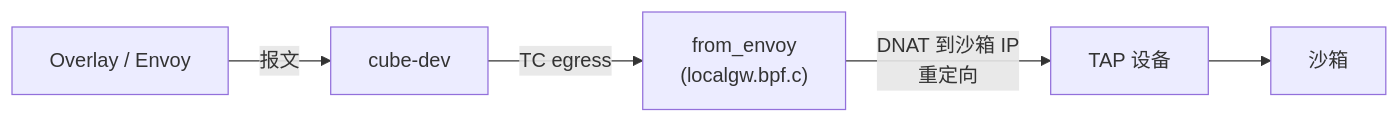
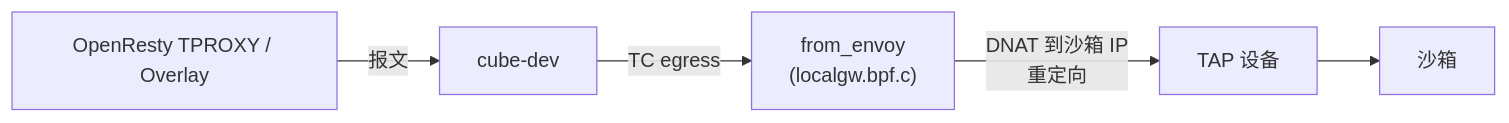
One commit to TencentCloud/CubeSandbox changed the third of 4 diagrams in docs/zh/architecture/network.md. Above: the diagram before and after it, drawn with Mermaid. The commit also changed other lines of this file and 149 other files, not shown here.

````diff
--- a/docs/zh/architecture/network.md
+++ b/docs/zh/architecture/network.md
@@ -107,7 +108,7 @@
 ```mermaid
 graph LR
-    A["Overlay / Envoy"] -->|报文| B["cube-dev"]
+    A["OpenResty TPROXY / Overlay"] -->|报文| B["cube-dev"]
     B -->|TC egress| C["from_envoy<br/>(localgw.bpf.c)"]
     C -->|DNAT 到沙箱 IP<br/>重定向| D["TAP 设备"]
     D --> E["沙箱"]
 ```
````
